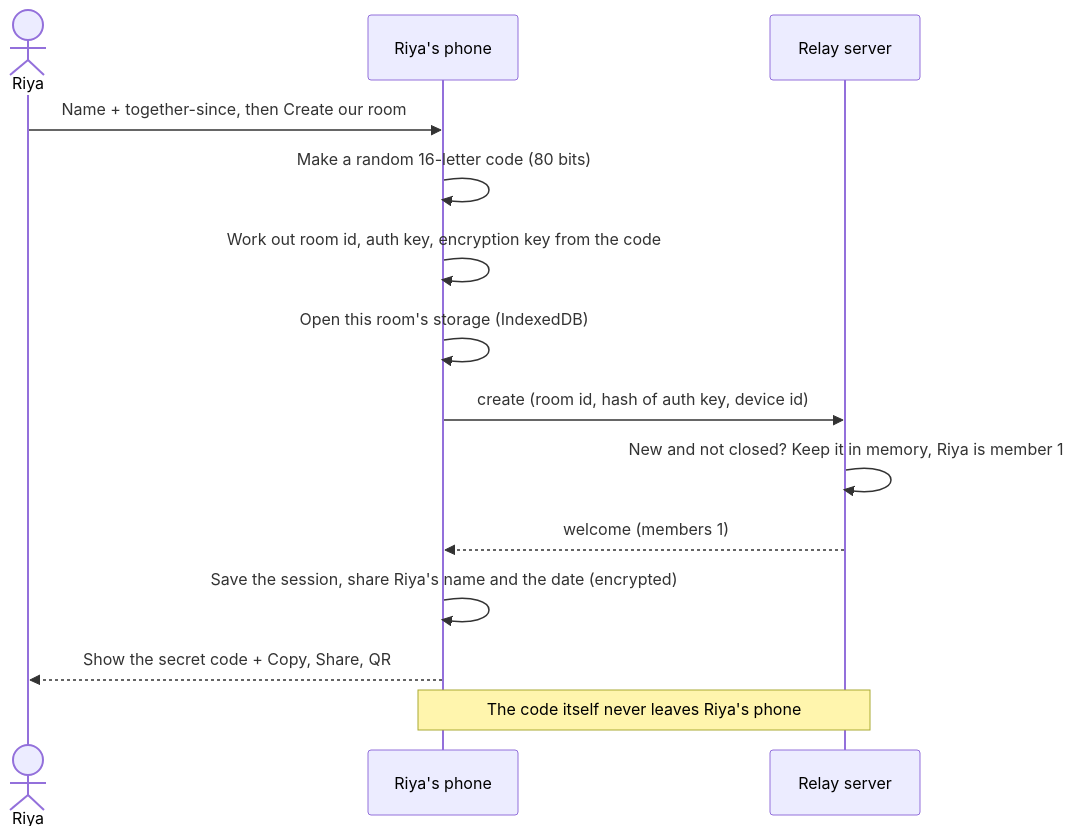
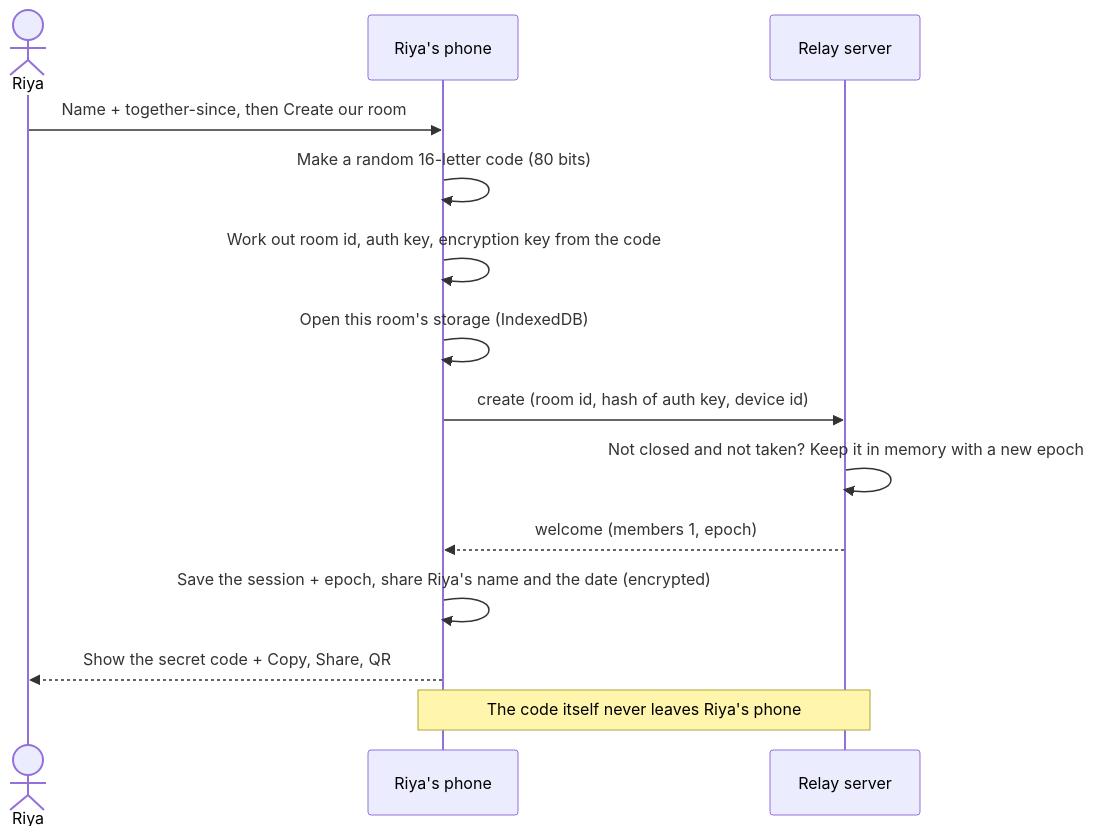
One commit to silent-coder-dev/private-space changed the second of 30 diagrams in front-end/doc/04-flowcharts.md. Above: the diagram before and after it, drawn with Mermaid. The commit also changed other lines of this file and 78 other files, not shown here.

````diff
--- a/front-end/doc/04-flowcharts.md
+++ b/front-end/doc/04-flowcharts.md
@@ -48,16 +51,16 @@
 ```mermaid
 sequenceDiagram
     actor Riya
     participant App as Riya's phone
     participant Relay as Relay server
     Riya->>App: Name + together-since, then Create our room
     App->>App: Make a random 16-letter code (80 bits)
     App->>App: Work out room id, auth key, encryption key from the code
     App->>App: Open this room's storage (IndexedDB)
     App->>Relay: create (room id, hash of auth key, device id)
-    Relay->>Relay: New and not closed? Keep it in memory, Riya is member 1
-    Relay-->>App: welcome (members 1)
-    App->>App: Save the session, share Riya's name and the date (encrypted)
+    Relay->>Relay: Not closed and not taken? Keep it in memory with a new epoch
+    Relay-->>App: welcome (members 1, epoch)
+    App->>App: Save the session + epoch, share Riya's name and the date (encrypted)
     App-->>Riya: Show the secret code + Copy, Share, QR
     Note over App,Relay: The code itself never leaves Riya's phone
 ```
````
